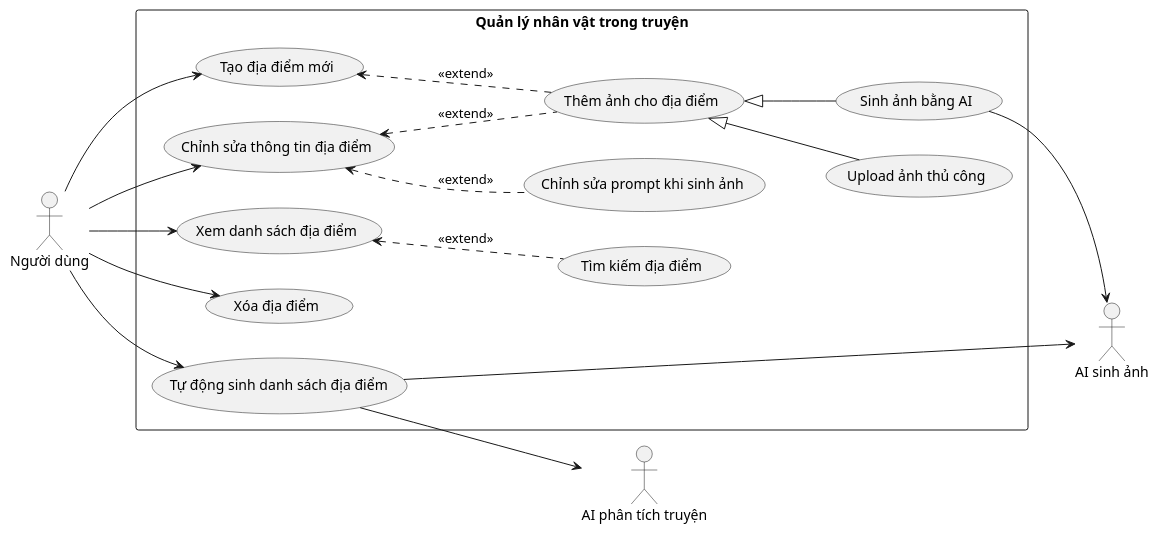
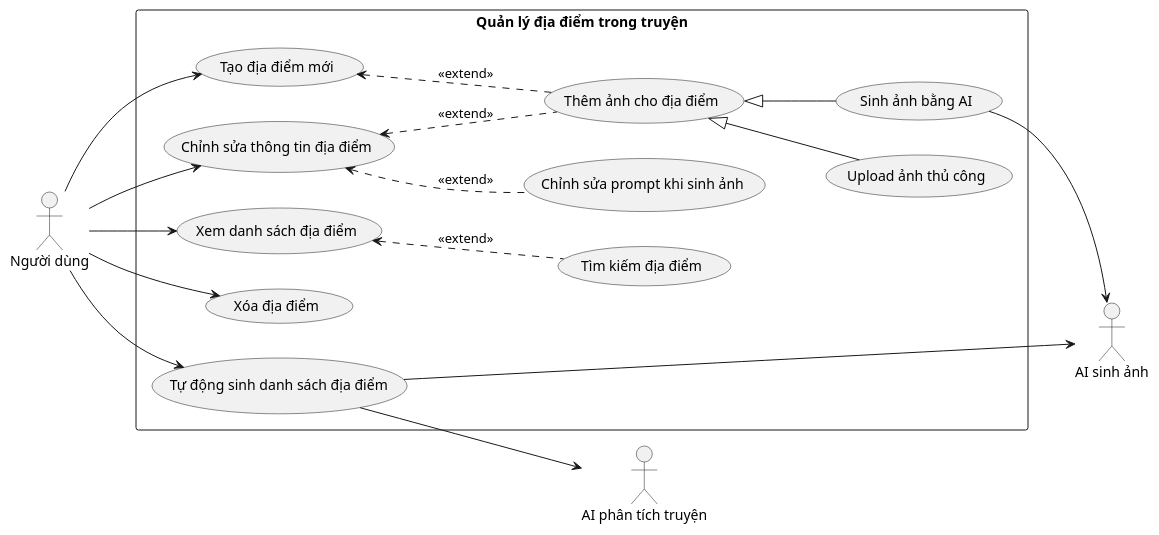
Before and after one commit to 202416852-anhpv/story2video-docs: the diagram in docs/bieu-do-uc/bieu-do-uc-chi-tiet/setup/xay-dung-the-gioi-truyen/quan-ly-dia-diem.puml, drawn with PlantUML. The commit also changed 3 other files, not shown here.

```diff
--- a/docs/bieu-do-uc/bieu-do-uc-chi-tiet/setup/xay-dung-the-gioi-truyen/quan-ly-dia-diem.puml
+++ b/docs/bieu-do-uc/bieu-do-uc-chi-tiet/setup/xay-dung-the-gioi-truyen/quan-ly-dia-diem.puml
@@ -1,37 +1,37 @@
-@startuml quan-ly-nhan-vat
+@startuml quan-ly-dia-diem
 left to right direction
 
 actor "Người dùng" as User
 actor "AI sinh ảnh" as AI_IMG
 actor "AI phân tích truyện" as AI_LLM
 
-rectangle "Quản lý nhân vật trong truyện" {
+rectangle "Quản lý địa điểm trong truyện" {
     usecase "Tạo địa điểm mới" as UC_01
     usecase "Chỉnh sửa thông tin địa điểm" as UC_02
     usecase "Xem danh sách địa điểm" as UC_03
     usecase "Xóa địa điểm" as UC_04
     usecase "Tìm kiếm địa điểm" as UC_05
     usecase "Thêm ảnh cho địa điểm" as UC_06
     usecase "Upload ảnh thủ công" as UC_07
     usecase "Sinh ảnh bằng AI" as UC_08
     usecase "Tự động sinh danh sách địa điểm" as UC_09
     usecase "Chỉnh sửa prompt khi sinh ảnh" as UC_10
 }
 
 User --> UC_01
 User --> UC_02
 User --> UC_03
 User --> UC_04
 User --> UC_09
 UC_09 --> AI_IMG
 UC_09 --> AI_LLM
 UC_08 --> AI_IMG
 
 UC_03 <.. UC_05 : <<extend>>
 UC_01 <.. UC_06 : <<extend>>
 UC_02 <.. UC_06 : <<extend>>
 UC_02 <.. UC_10 : <<extend>>
 UC_06 <|-- UC_07
 UC_06 <|-- UC_08
 
 @enduml
```
